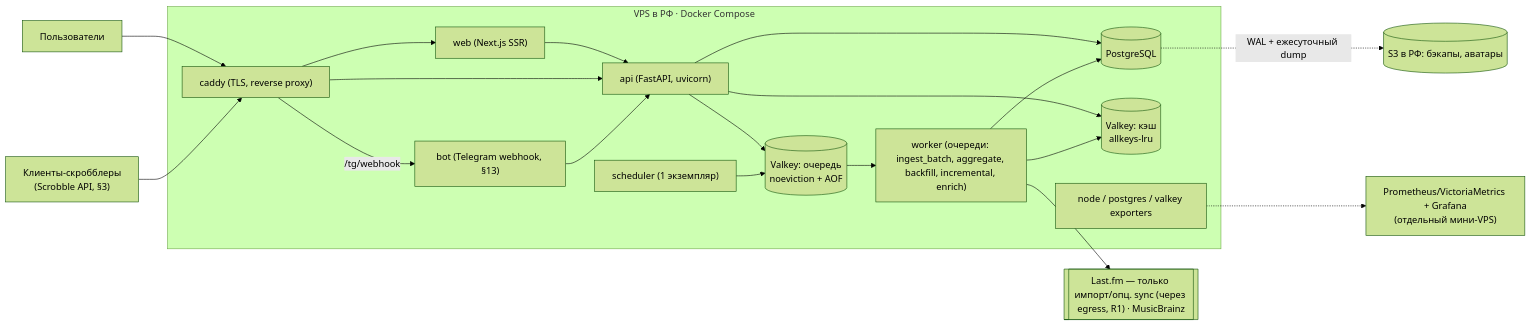
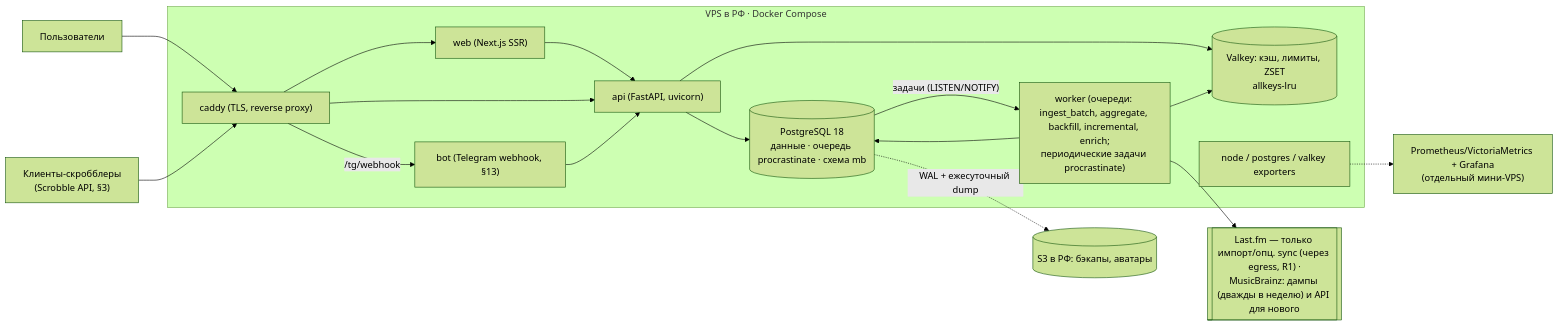
The fourth of 7 diagrams in docs/architecture.md (fighxy/scrobb), drawn with Mermaid (forest theme) before and after one commit. The commit also changed other lines of this file and 4 other files, not shown here.

First line of the commit message:
docs: ревью проекта; стек — Python 3.14, PostgreSQL 18, procrastinate

````diff
--- a/docs/architecture.md
+++ b/docs/architecture.md
@@ -1112,29 +1108,26 @@
 ```mermaid
 flowchart LR
   U["Пользователи"] --> CADDY
   SC["Клиенты-скробблеры<br/>(Scrobble API, §3)"] --> CADDY
   subgraph VPS["VPS в РФ · Docker Compose"]
     CADDY["caddy (TLS, reverse proxy)"]
     WEB["web (Next.js SSR)"]
     API["api (FastAPI, uvicorn)"]
-    WRK["worker (очереди: ingest_batch, aggregate, backfill, incremental, enrich)"]
-    SCH["scheduler (1 экземпляр)"]
+    WRK["worker (очереди: ingest_batch, aggregate, backfill, incremental, enrich;<br/>периодические задачи procrastinate)"]
     BOTS["bot (Telegram webhook, §13)"]
-    PG[("PostgreSQL")]
-    RQ[("Valkey: очередь<br/>noeviction + AOF")]
-    RC[("Valkey: кэш<br/>allkeys-lru")]
+    PG[("PostgreSQL 18<br/>данные · очередь procrastinate · схема mb")]
+    RC[("Valkey: кэш, лимиты, ZSET<br/>allkeys-lru")]
     MON["node / postgres / valkey exporters"]
     CADDY --> WEB --> API
     CADDY --> API
     API --> PG
     API --> RC
-    API --> RQ
-    SCH --> RQ --> WRK
+    PG -- "задачи (LISTEN/NOTIFY)" --> WRK
     CADDY -- "/tg/webhook" --> BOTS --> API
     WRK --> PG
     WRK --> RC
   end
-  WRK --> EXT[["Last.fm — только импорт/опц. sync (через egress, R1) · MusicBrainz"]]
+  WRK --> EXT[["Last.fm — только импорт/опц. sync (через egress, R1) ·<br/>MusicBrainz: дампы (дважды в неделю) и API для нового"]]
   PG -. "WAL + ежесуточный dump" .-> S3[("S3 в РФ: бэкапы, аватары")]
   MON -.-> GRAF["Prometheus/VictoriaMetrics + Grafana<br/>(отдельный мини-VPS)"]
 ```
````
